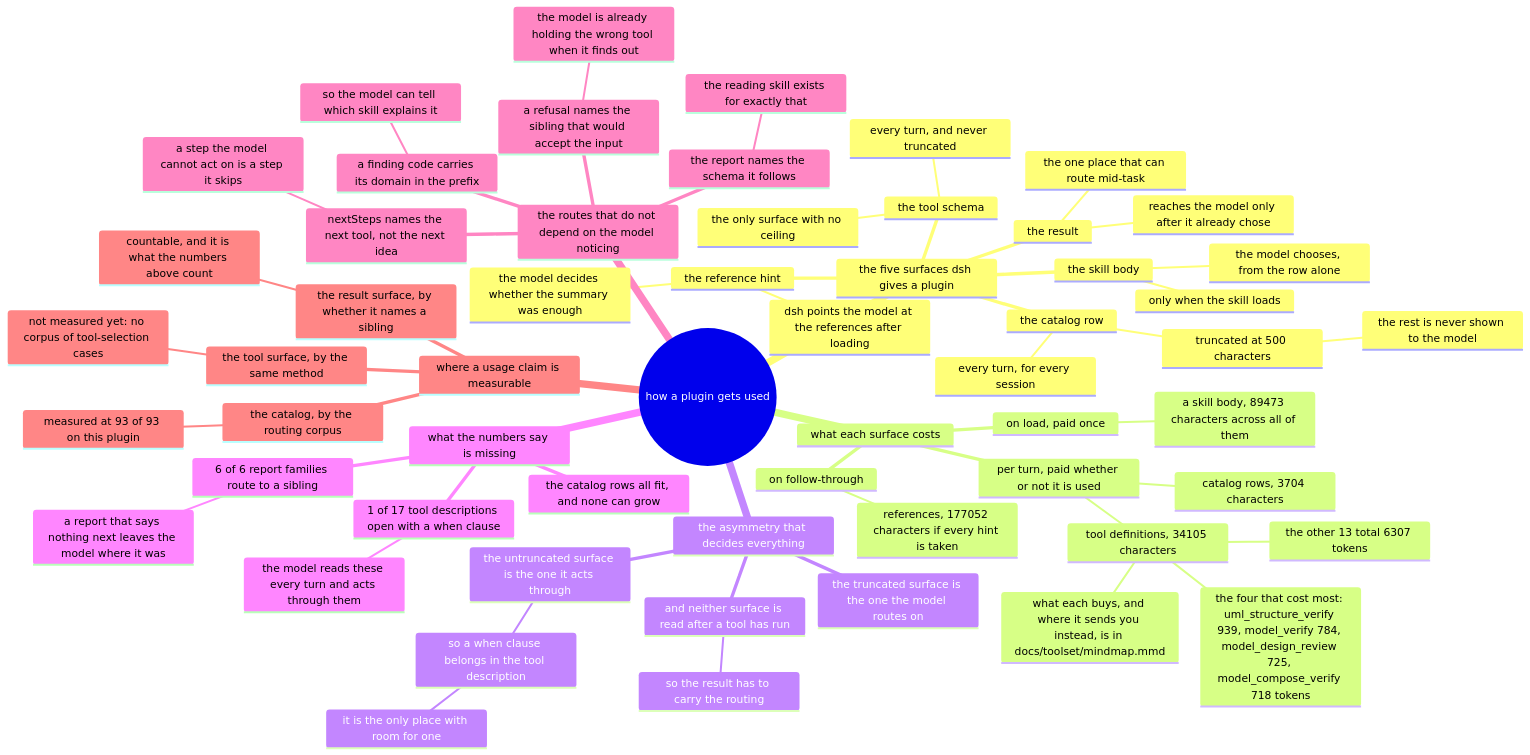
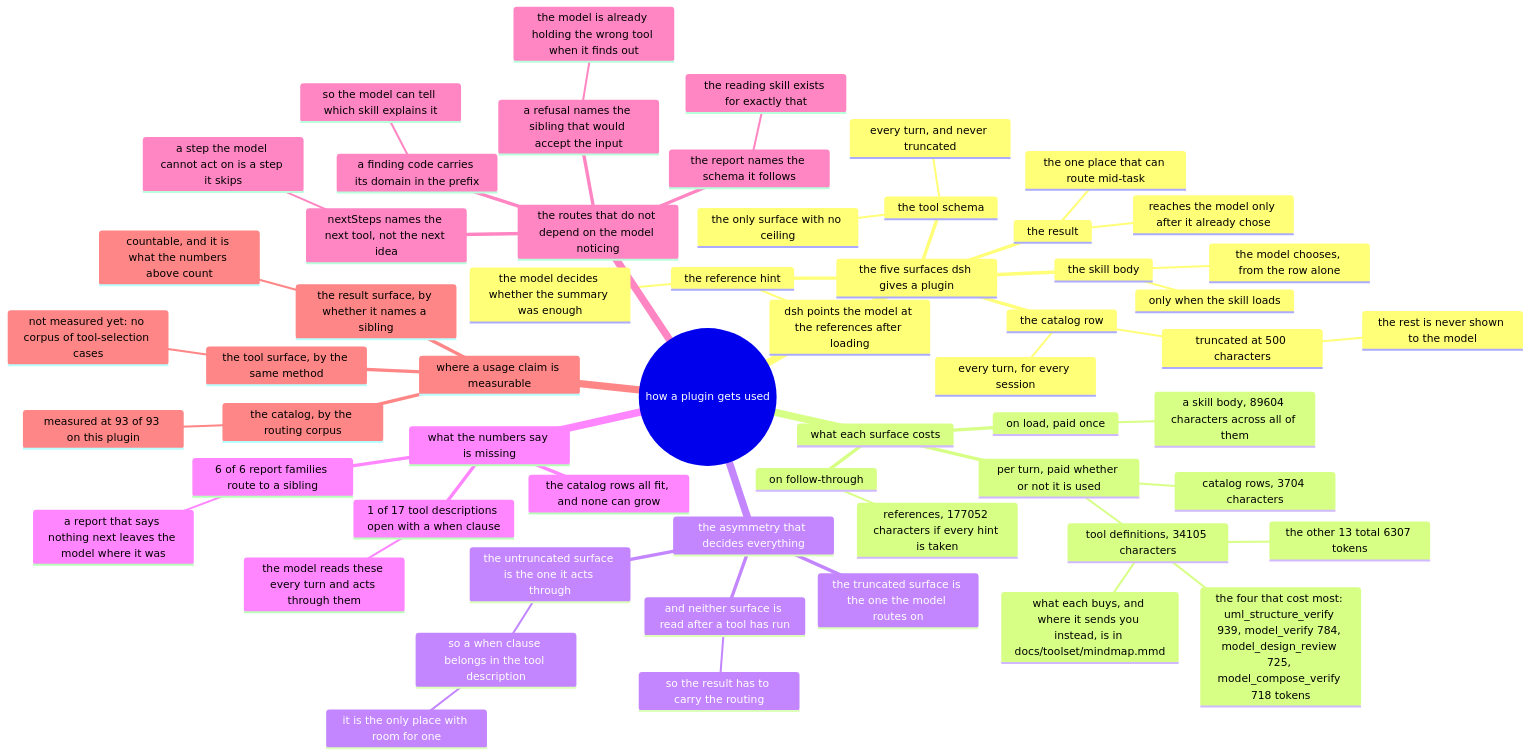
One commit to AmethystLuna/dsh-model-everything changed the diagram in docs/usage/mindmap.mmd. Above: the diagram before and after it, drawn with Mermaid. The commit also changed 10 other files, not shown here.

```diff
--- a/docs/usage/mindmap.mmd
+++ b/docs/usage/mindmap.mmd
@@ -1,59 +1,59 @@
 mindmap
 root((how a plugin gets used))
   the five surfaces dsh gives a plugin
     the catalog row
       every turn, for every session
       truncated at 500 characters
         the rest is never shown to the model
     the skill body
       only when the skill loads
       the model chooses, from the row alone
     the reference hint
       dsh points the model at the references after loading
       the model decides whether the summary was enough
     the tool schema
       every turn, and never truncated
       the only surface with no ceiling
     the result
       reaches the model only after it already chose
       the one place that can route mid-task
   what each surface costs
     per turn, paid whether or not it is used
       catalog rows, 3704 characters
       tool definitions, 34105 characters
         the four that cost most: uml_structure_verify 939, model_verify 784, model_design_review 725, model_compose_verify 718 tokens
         the other 13 total 6307 tokens
         what each buys, and where it sends you instead, is in docs/toolset/mindmap.mmd
     on load, paid once
-      a skill body, 89473 characters across all of them
+      a skill body, 89604 characters across all of them
     on follow-through
       references, 177052 characters if every hint is taken
   the asymmetry that decides everything
     the truncated surface is the one the model routes on
     the untruncated surface is the one it acts through
       so a when clause belongs in the tool description
         it is the only place with room for one
     and neither surface is read after a tool has run
       so the result has to carry the routing
   what the numbers say is missing
     1 of 17 tool descriptions open with a when clause
       the model reads these every turn and acts through them
     6 of 6 report families route to a sibling
       a report that says nothing next leaves the model where it was
     the catalog rows all fit, and none can grow
   the routes that do not depend on the model noticing
     a refusal names the sibling that would accept the input
       the model is already holding the wrong tool when it finds out
     nextSteps names the next tool, not the next idea
       a step the model cannot act on is a step it skips
     a finding code carries its domain in the prefix
       so the model can tell which skill explains it
     the report names the schema it follows
       the reading skill exists for exactly that
   where a usage claim is measurable
     the catalog, by the routing corpus
       measured at 93 of 93 on this plugin
     the tool surface, by the same method
       not measured yet: no corpus of tool-selection cases
     the result surface, by whether it names a sibling
       countable, and it is what the numbers above count
```
